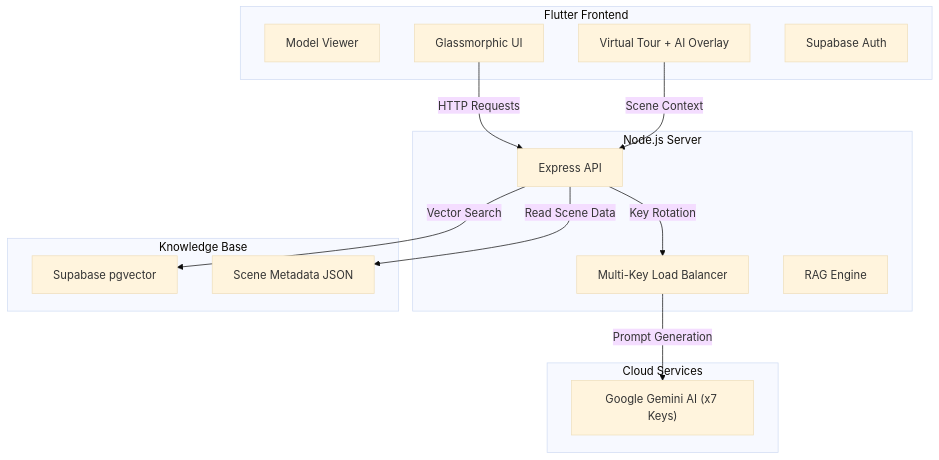
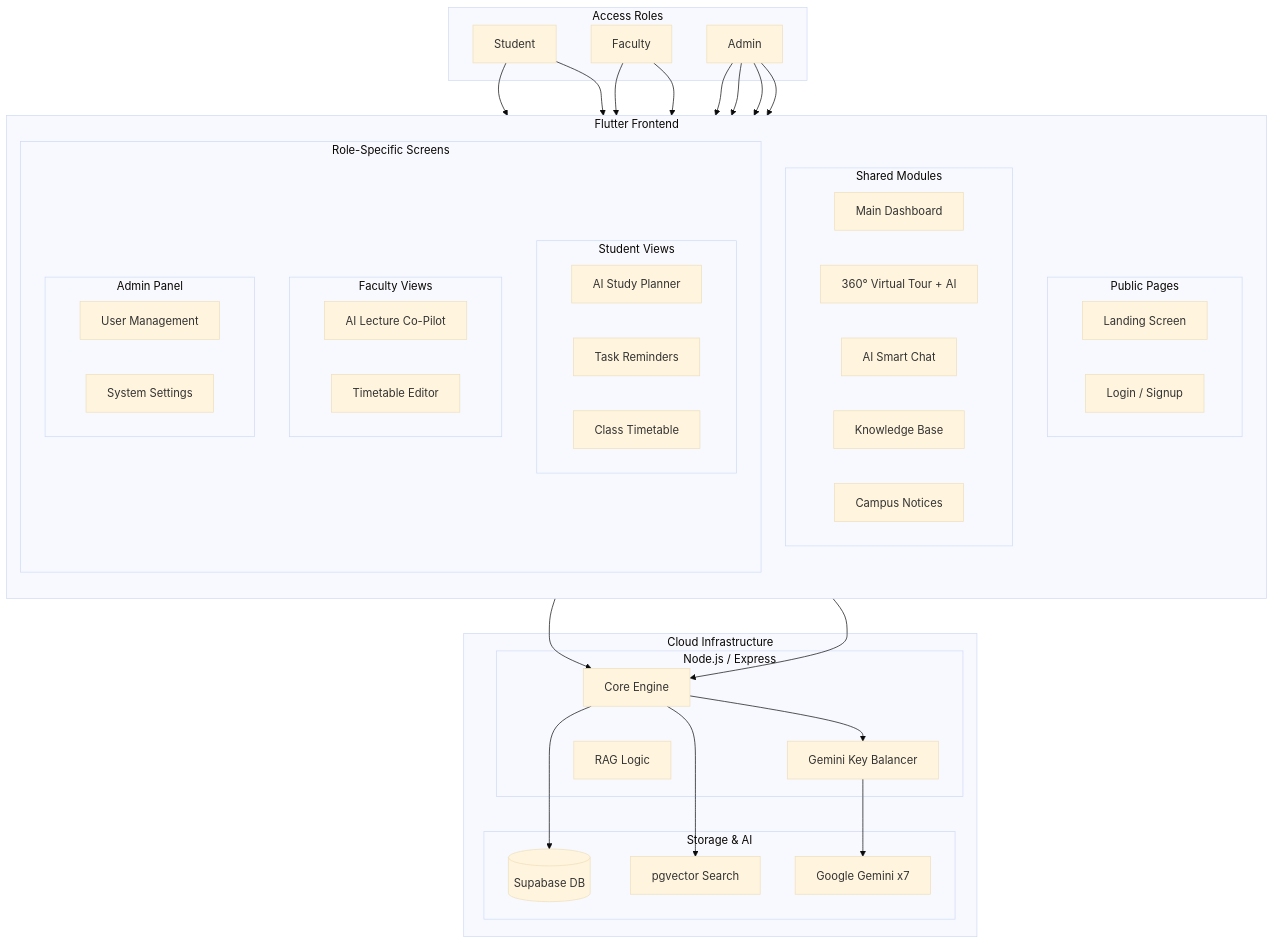
One commit to Subhapreet21/Proactive-Multimodal-Academic-Support-System changed the diagram in README.md. Above: the diagram before and after it, drawn with Mermaid (base theme). The commit also changed other lines of this file and 22 other files, not shown here.

Commit message:
Addition of Lecture Co-pilot page and other code refinements

````diff
--- a/README.md
+++ b/README.md
@@ -50,34 +57,74 @@
 ```mermaid
 graph TD
-    subgraph Mobile App [Flutter Frontend]
-        3D[Model Viewer]
-        Tour[Virtual Tour + AI Overlay]
-        UI[Glassmorphic UI]
-        Auth[Supabase Auth]
+    subgraph Users [Access Roles]
+        S[Student]
+        F[Faculty]
+        A[Admin]
     end
 
-    subgraph Backend [Node.js Server]
-        API[Express API]
-        LB[Multi-Key Load Balancer]
-        RAG[RAG Engine]
+    subgraph MobileApp [Flutter Frontend]
+        direction TB
+        subgraph Public [Public Pages]
+            Landing[Landing Screen]
+            Auth[Login / Signup]
+        end
+
+        subgraph Common [Shared Modules]
+            Dash[Main Dashboard]
+            Tour[360° Virtual Tour + AI]
+            Chat[AI Smart Chat]
+            Know[Knowledge Base]
+            Events[Campus Notices]
+        end
+
+        subgraph Roles [Role-Specific Screens]
+            subgraph StuPages [Student Views]
+                Study[AI Study Planner]
+                Task[Task Reminders]
+                TimeS[Class Timetable]
+            end
+
+            subgraph FacPages [Faculty Views]
+                Prep[AI Lecture Co-Pilot]
+                TimeF[Timetable Editor]
+            end
+
+            subgraph AdmPages [Admin Panel]
+                UsersM[User Management]
+                Sys[System Settings]
+            end
+        end
     end
 
-    subgraph Knowledge Base
-        Vectors[Supabase pgvector]
-        SceneData[Scene Metadata JSON]
+    subgraph BackendSystem [Cloud Infrastructure]
+        subgraph APILayer [Node.js / Express]
+            API[Core Engine]
+            LB[Gemini Key Balancer]
+            RAG[RAG Logic]
+        end
+
+        subgraph Data [Storage & AI]
+            DB[(Supabase DB)]
+            Vec[pgvector Search]
+            AI[Google Gemini x7]
+        end
     end
 
-    subgraph Cloud Services
-        Gemini["Google Gemini AI (x7 Keys)"]
-    end
+    %% Role Access Logic
+    S --> StuPages
+    S --> Common
+    F --> FacPages
+    F --> Common
+    A --> AdmPages
+    A --> Common
+    A --> StuPages
+    A --> FacPages
 
-    %% Connections
-    UI -->|HTTP Requests| API
-    Tour -->|Scene Context| API
-    
-    API -->|Key Rotation| LB
-    LB -->|Prompt Generation| Gemini
-    
-    API -->|Vector Search| Vectors
-    API -->|Read Scene Data| SceneData
+    %% Data Flow
+    Common --> API
+    Roles --> API
+    API --> LB
+    LB --> AI
+    API --> DB
+    API --> Vec
 ```
````
